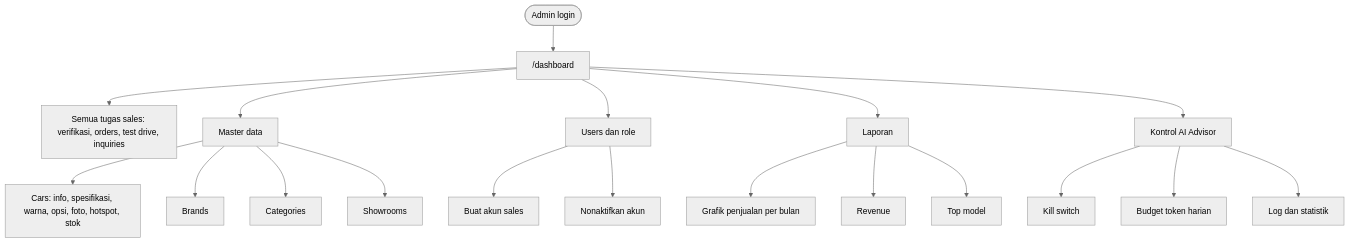
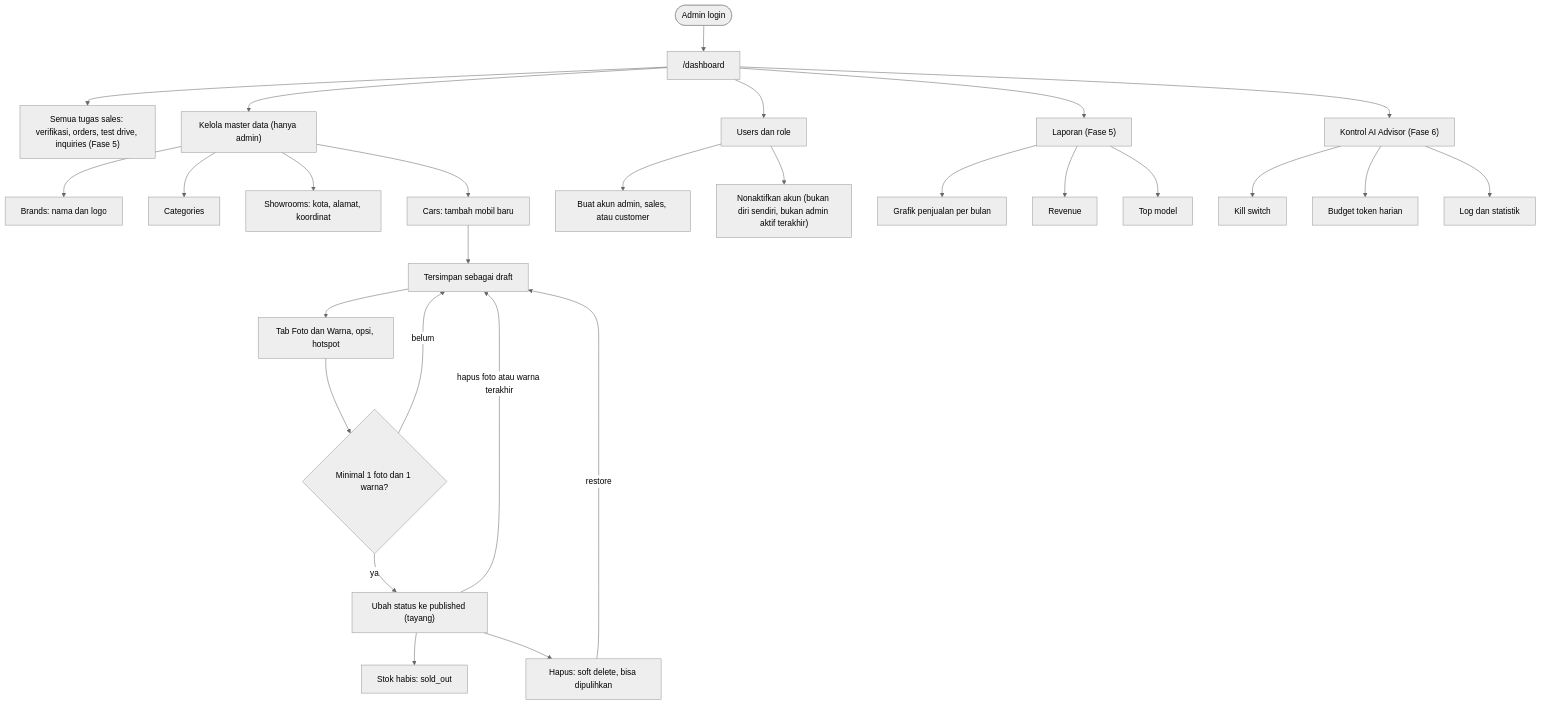
The third of 10 diagrams in docs/FLOWCHART.md (Azriel-Fajar/Car-Dealer), drawn with Mermaid (neutral theme) before and after one commit. The commit also changed other lines of this file and 56 other files, not shown here.

Commit message:
feat: fase 2 katalog dashboard CRUD, media, hotspots, docs

````diff
--- a/docs/FLOWCHART.md
+++ b/docs/FLOWCHART.md
@@ -49,21 +51,30 @@
 ```mermaid
 flowchart TD
     admin(["Admin login"]) --> dashboard["/dashboard"]
-    dashboard --> staff_tasks["Semua tugas sales: verifikasi, orders, test drive, inquiries"]
-    dashboard --> master["Master data"]
+    dashboard --> staff_tasks["Semua tugas sales: verifikasi, orders, test drive, inquiries (Fase 5)"]
+    dashboard --> master["Kelola master data (hanya admin)"]
     dashboard --> users["Users dan role"]
-    dashboard --> reports["Laporan"]
-    dashboard --> advisor["Kontrol AI Advisor"]
-    master --> cars["Cars: info, spesifikasi, warna, opsi, foto, hotspot, stok"]
-    master --> brands["Brands"]
+    dashboard --> reports["Laporan (Fase 5)"]
+    dashboard --> advisor["Kontrol AI Advisor (Fase 6)"]
+    master --> brands["Brands: nama dan logo"]
     master --> categories["Categories"]
-    master --> showrooms["Showrooms"]
-    users --> create_sales["Buat akun sales"]
-    users --> deactivate["Nonaktifkan akun"]
+    master --> showrooms["Showrooms: kota, alamat, koordinat"]
+    master --> cars_new["Cars: tambah mobil baru"]
+    cars_new --> draft["Tersimpan sebagai draft"]
+    draft --> fill_media["Tab Foto dan Warna, opsi, hotspot"]
+    fill_media --> ready{"Minimal 1 foto dan 1 warna?"}
+    ready -->|belum| draft
+    ready -->|ya| publish["Ubah status ke published (tayang)"]
+    publish --> sold_out["Stok habis: sold_out"]
+    publish -->|hapus foto atau warna terakhir| draft
+    publish --> trash["Hapus: soft delete, bisa dipulihkan"]
+    trash -->|restore| draft
+    users --> create_sales["Buat akun admin, sales, atau customer"]
+    users --> deactivate["Nonaktifkan akun (bukan diri sendiri, bukan admin aktif terakhir)"]
     reports --> sales_chart["Grafik penjualan per bulan"]
     reports --> revenue["Revenue"]
     reports --> top_model["Top model"]
     advisor --> kill_switch["Kill switch"]
     advisor --> budget["Budget token harian"]
     advisor --> logs["Log dan statistik"]
 ```
````
